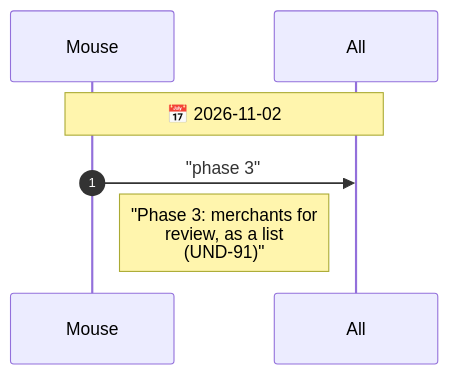
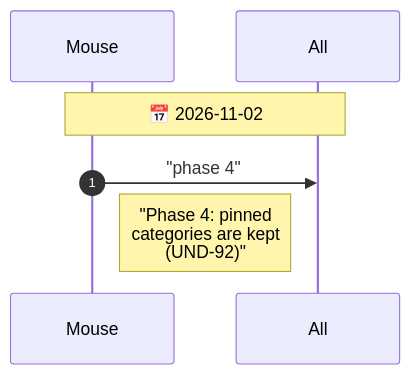
Before and after one commit to drusifer/understudy: the sixth of 6 diagrams in agents/CHAT.diagram.md, drawn with Mermaid. The commit also changed other lines of this file and 11 other files, not shown here.

First line of the commit message:
Phase 3: merchants for review as a list (UND-91)

````diff
--- a/agents/CHAT.diagram.md
+++ b/agents/CHAT.diagram.md
@@ -339,10 +372,10 @@
 ```mermaid
 %%{init: {"sequence": {"messageFontSize": 14, "noteFontSize": 18, "actorFontSize": 14}}}%%
 sequenceDiagram
     autonumber
     participant Mouse
     participant All
     Note over Mouse,All: 📅 2026-11-02
-    Mouse->>All: "phase 3"
-    Note right of Mouse: "Phase 3: merchants for<br/>review, as a list<br/>(UND-91)"
+    Mouse->>All: "phase 4"
+    Note right of Mouse: "Phase 4: pinned<br/>categories are kept<br/>(UND-92)"
 ```
````
